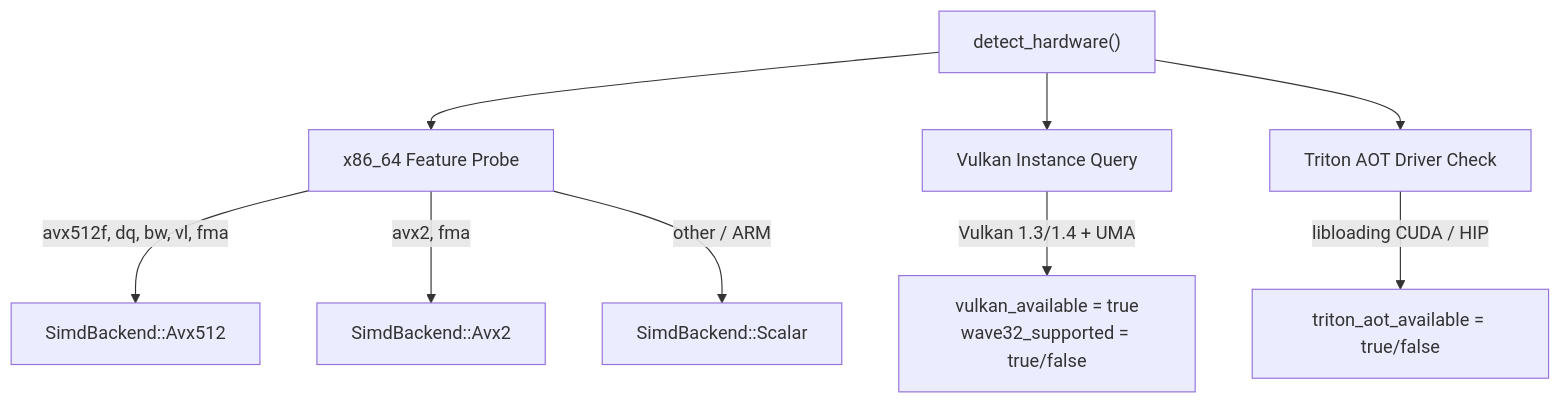
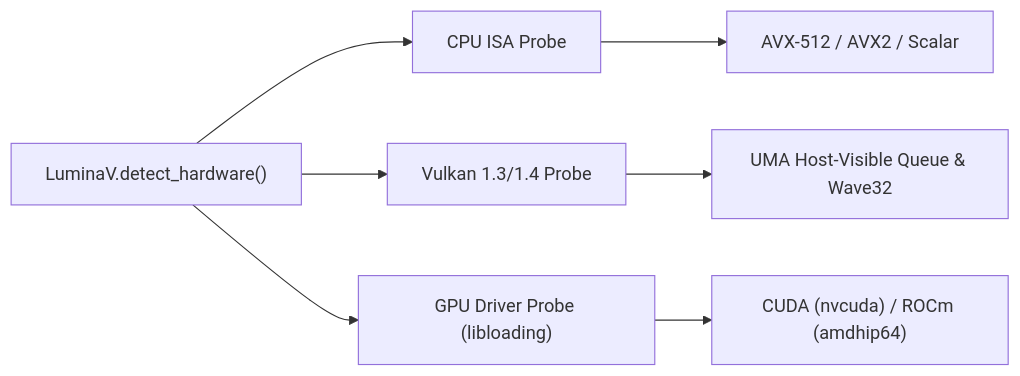
One commit to cloverx-id/luminamoon changed the first of 2 diagrams in docs/optimize/dispatch/README.md. Above: the diagram before and after it, drawn with Mermaid. The commit also changed other lines of this file and 177 other files, not shown here.

````diff
--- a/docs/optimize/dispatch/README.md
+++ b/docs/optimize/dispatch/README.md
@@ -13,13 +11,9 @@
 ```mermaid
-flowchart TD
-    Detect["detect_hardware()"] --> CPU["x86_64 Feature Probe"]
-    Detect --> VK["Vulkan Instance Query"]
-    Detect --> TR["Triton AOT Driver Check"]
-
-    CPU -->|"avx512f, dq, bw, vl, fma"| AVX512["SimdBackend::Avx512"]
-    CPU -->|"avx2, fma"| AVX2["SimdBackend::Avx2"]
-    CPU -->|"other / ARM"| Scalar["SimdBackend::Scalar"]
-
-    VK -->|"Vulkan 1.3/1.4 + UMA"| VK_OK["vulkan_available = true<br/>wave32_supported = true/false"]
-    TR -->|"libloading CUDA / HIP"| TR_OK["triton_aot_available = true/false"]
+flowchart LR
+    Probe["LuminaV.detect_hardware()"] --> CPU["CPU ISA Probe"]
+    Probe --> VK["Vulkan 1.3/1.4 Probe"]
+    Probe --> GPU["GPU Driver Probe (libloading)"]
+    CPU --> ISA["AVX-512 / AVX2 / Scalar"]
+    VK --> UMA["UMA Host-Visible Queue & Wave32"]
+    GPU --> Driver["CUDA (nvcuda) / ROCm (amdhip64)"]
 ```
````
